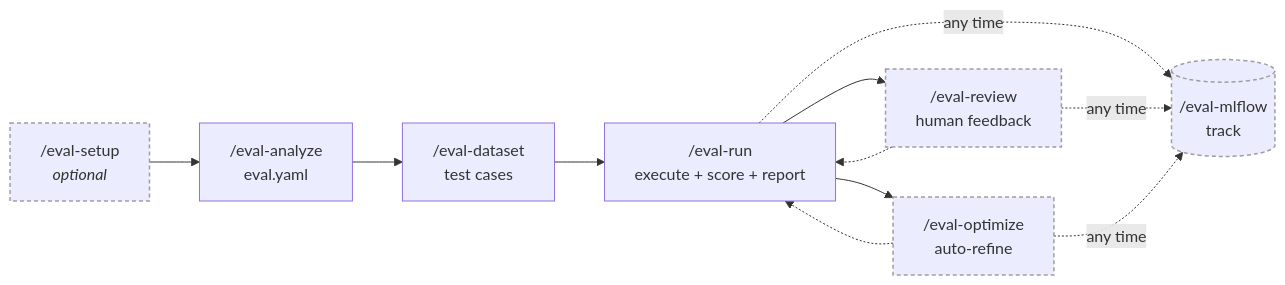
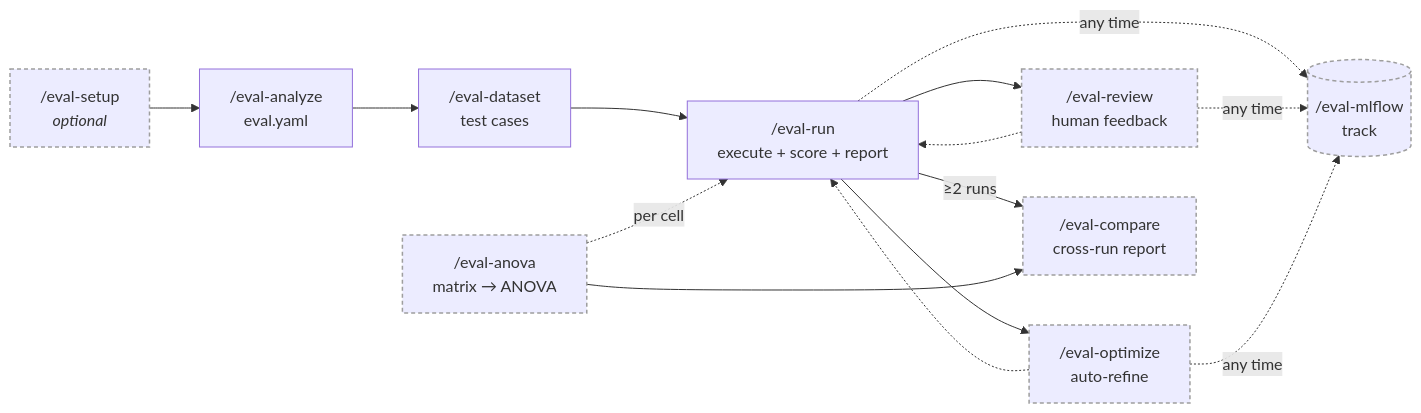
One commit to opendatahub-io/agent-eval-harness changed the diagram in website/guides/pipeline.md. Above: the diagram before and after it, drawn with Mermaid. The commit also changed 6 other files, not shown here.

First line of the commit message:
docs(anova): document the ANOVA journey end to end — contrasts, per-judge screening, correction choice, CI gating

````diff
--- a/website/guides/pipeline.md
+++ b/website/guides/pipeline.md
@@ -31,20 +31,23 @@
 ```mermaid
 flowchart LR
     setup["/eval-setup<br/><i>optional</i>"] --> analyze["/eval-analyze<br/>eval.yaml"]
     analyze --> dataset["/eval-dataset<br/>test cases"]
     dataset --> run["/eval-run<br/>execute + score + report"]
     run --> review["/eval-review<br/>human feedback"]
     run --> optimize["/eval-optimize<br/>auto-refine"]
     review -.-> run
     optimize -.-> run
     run -. any time .-> mlflow[("/eval-mlflow<br/>track")]
     review -. any time .-> mlflow
     optimize -. any time .-> mlflow
+    run -- ≥2 runs --> compare["/eval-compare<br/>cross-run report"]
+    anova["/eval-anova<br/>matrix → ANOVA"] -. per cell .-> run
+    anova --> compare
 
     %% Mark optional steps with a dashed border, NOT a fill. Material forces node
     %% label text to a theme-adaptive color (white in dark mode) inside a closed
     %% shadow DOM, so a light fill would render white-on-light text. Leaving the
     %% fill to the theme keeps the label readable; the dashed stroke marks them.
     classDef opt stroke:#9e9e9e,stroke-width:1.5px,stroke-dasharray:4 3;
-    class setup,review,optimize,mlflow opt;
+    class setup,review,optimize,mlflow,compare,anova opt;
 ```
````
